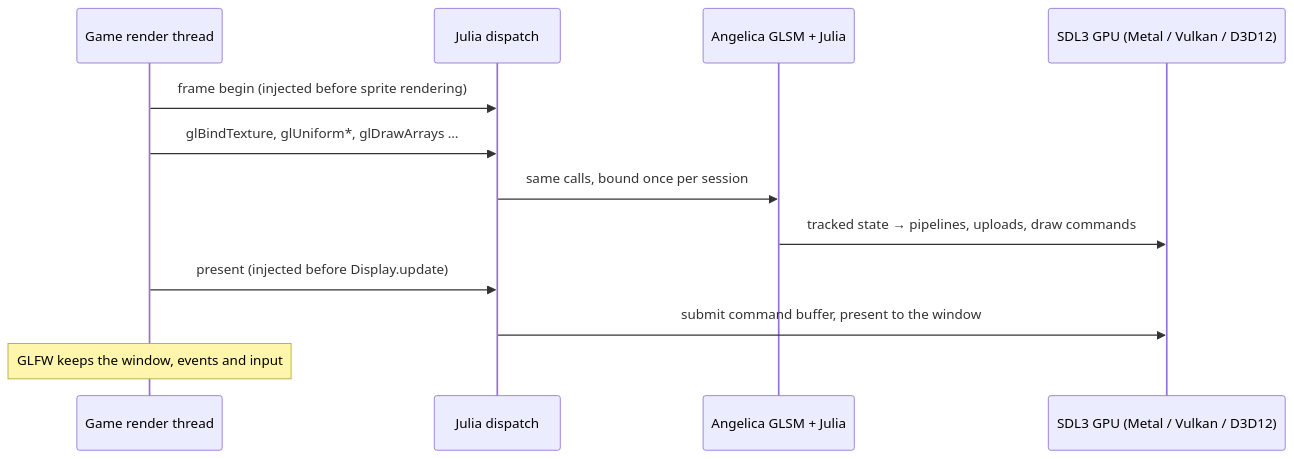
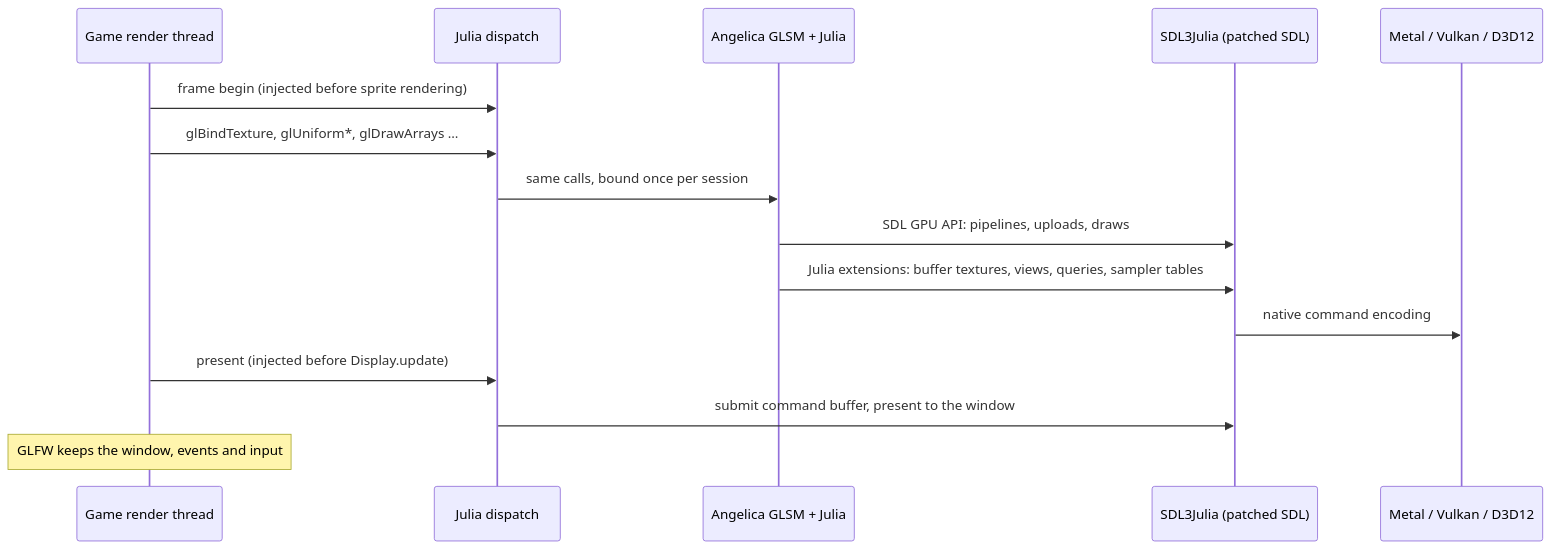
Before and after one commit to fopwoc/julia-pz: the second of 2 diagrams in README.md, drawn with Mermaid. The commit also changed other lines of this file, not shown here.

Commit message:
readme: show patched sdl in frame diagram

````diff
--- a/README.md
+++ b/README.md
@@ -142,14 +142,17 @@
 ```mermaid
 sequenceDiagram
     participant PZ as Game render thread
     participant RD as Julia dispatch
     participant GLSM as Angelica GLSM + Julia
-    participant GPU as SDL3 GPU (Metal / Vulkan / D3D12)
+    participant SDL as SDL3Julia (patched SDL)
+    participant GPU as Metal / Vulkan / D3D12
     PZ->>RD: frame begin (injected before sprite rendering)
     PZ->>RD: glBindTexture, glUniform*, glDrawArrays …
     RD->>GLSM: same calls, bound once per session
-    GLSM->>GPU: tracked state → pipelines, uploads, draw commands
+    GLSM->>SDL: SDL GPU API: pipelines, uploads, draws
+    GLSM->>SDL: Julia extensions: buffer textures, views, queries, sampler tables
+    SDL->>GPU: native command encoding
     PZ->>RD: present (injected before Display.update)
-    RD->>GPU: submit command buffer, present to the window
+    RD->>SDL: submit command buffer, present to the window
     Note over PZ: GLFW keeps the window, events and input
 ```
````
